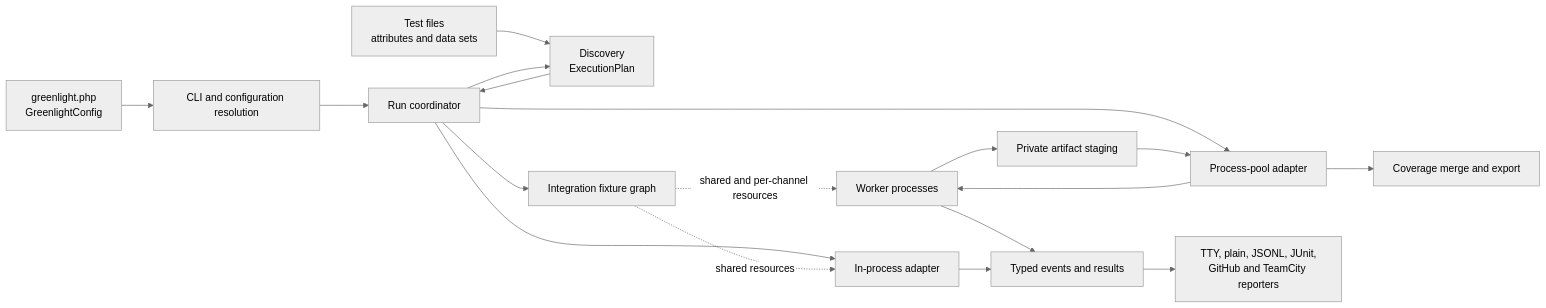
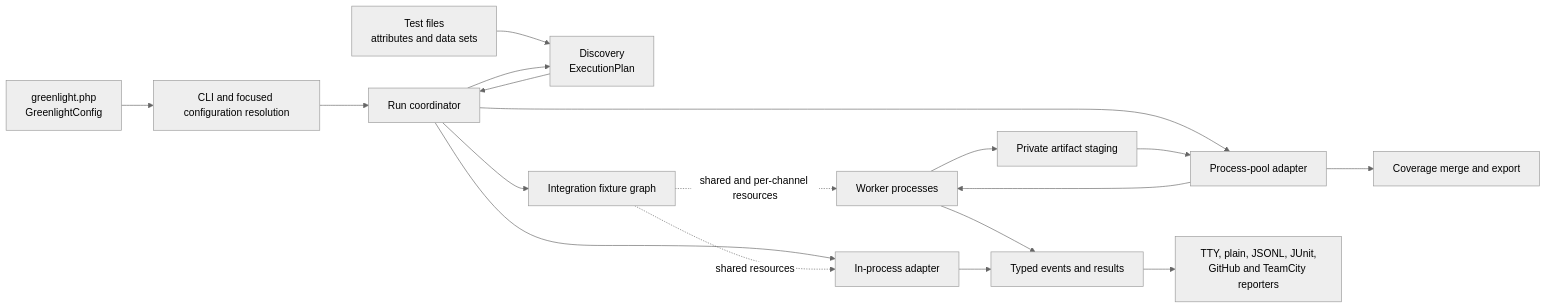
Before and after one commit to ben-challis/greenlight: the diagram in docs/architecture/README.md, drawn with Mermaid (neutral theme). The commit also changed other lines of this file and 51 other files, not shown here.

Commit message:
refactor(config): split resolved run configuration

````diff
--- a/docs/architecture/README.md
+++ b/docs/architecture/README.md
@@ -12,20 +12,20 @@
 ```mermaid
 flowchart LR
-    config["greenlight.php<br/>GreenlightConfig"] --> cli["CLI and configuration resolution"]
+    config["greenlight.php<br/>GreenlightConfig"] --> cli["CLI and focused configuration resolution"]
     tests["Test files<br/>attributes and data sets"] --> discovery["Discovery<br/>ExecutionPlan"]
     cli --> coordinator["Run coordinator"]
     coordinator --> discovery
     discovery --> coordinator
     coordinator --> fixtures["Integration fixture graph"]
     coordinator --> inprocess["In-process adapter"]
     coordinator --> orchestrator["Process-pool adapter"]
     orchestrator --> workers["Worker processes"]
     fixtures -. "shared and per-channel resources" .-> workers
     fixtures -. "shared resources" .-> inprocess
     workers --> events["Typed events and results"]
     inprocess --> events
     events --> reporters["TTY, plain, JSONL, JUnit,<br/>GitHub and TeamCity reporters"]
     workers --> staging["Private artifact staging"]
     staging --> orchestrator
     orchestrator --> coverage["Coverage merge and export"]
 ```
````
